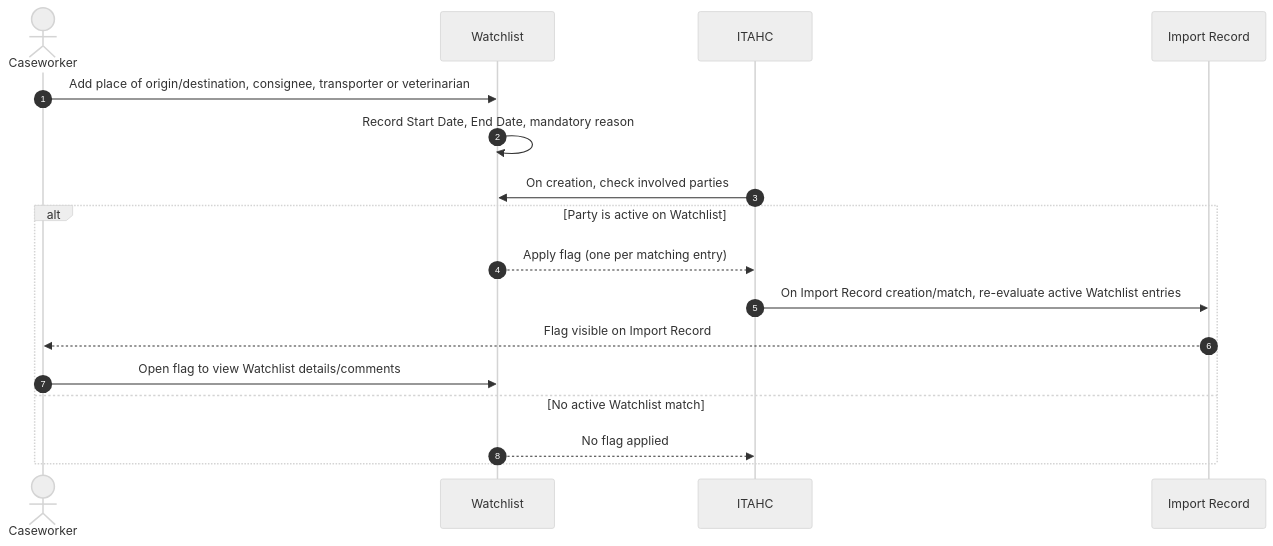
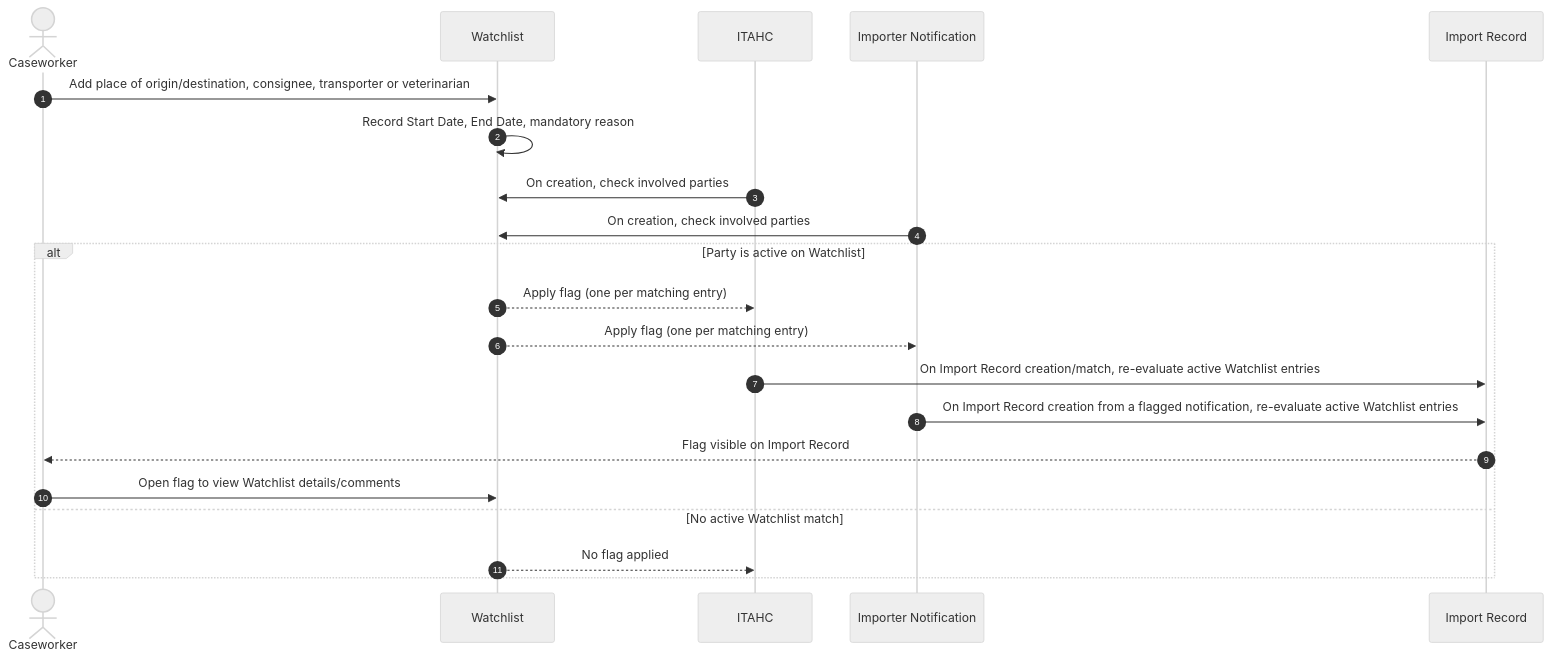
The eighth of 8 diagrams in docs/requirements/diagrams/sequence-diagrams.md (DEFRA/trade-imports-pims), drawn with Mermaid (neutral theme) before and after one commit. The commit also changed 17 other files, not shown here.

````diff
--- a/docs/requirements/diagrams/sequence-diagrams.md
+++ b/docs/requirements/diagrams/sequence-diagrams.md
@@ -210,20 +210,24 @@
 ```mermaid
 sequenceDiagram
     autonumber
     actor CW as Caseworker
     participant WL as Watchlist
     participant ITAHC as ITAHC
+    participant IN as Importer Notification
     participant IR as Import Record
 
     CW->>WL: Add place of origin/destination, consignee, transporter or veterinarian
     WL->>WL: Record Start Date, End Date, mandatory reason
     ITAHC->>WL: On creation, check involved parties
+    IN->>WL: On creation, check involved parties
     alt Party is active on Watchlist
         WL-->>ITAHC: Apply flag (one per matching entry)
+        WL-->>IN: Apply flag (one per matching entry)
         ITAHC->>IR: On Import Record creation/match, re-evaluate active Watchlist entries
+        IN->>IR: On Import Record creation from a flagged notification, re-evaluate active Watchlist entries
         IR-->>CW: Flag visible on Import Record
         CW->>WL: Open flag to view Watchlist details/comments
     else No active Watchlist match
         WL-->>ITAHC: No flag applied
     end
 ```
````
